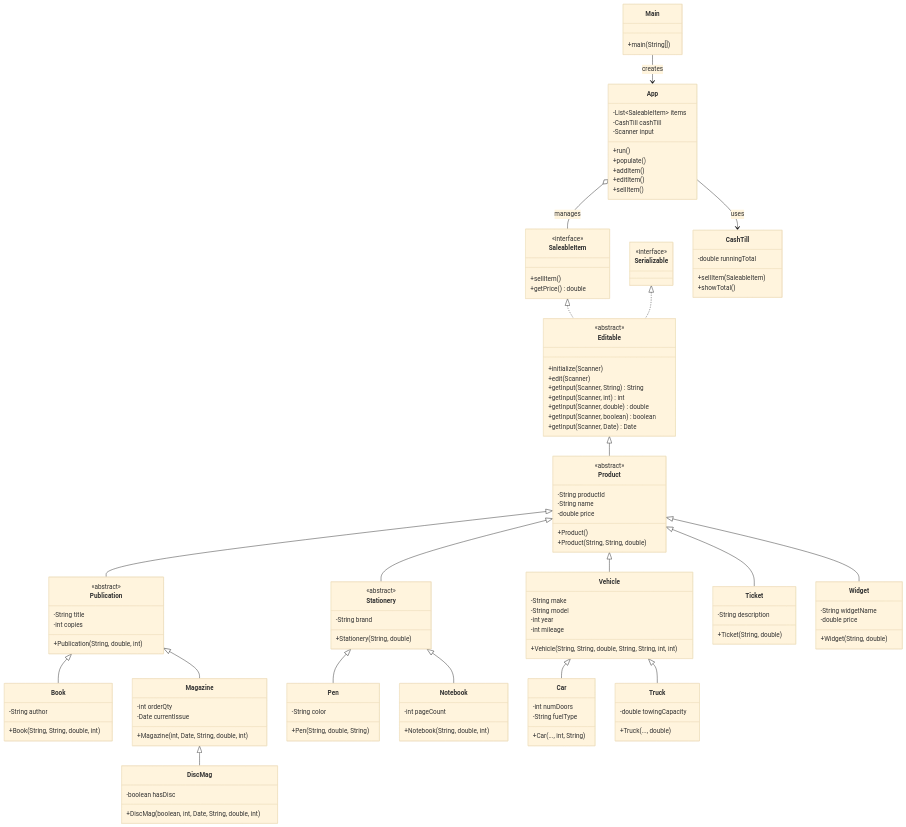
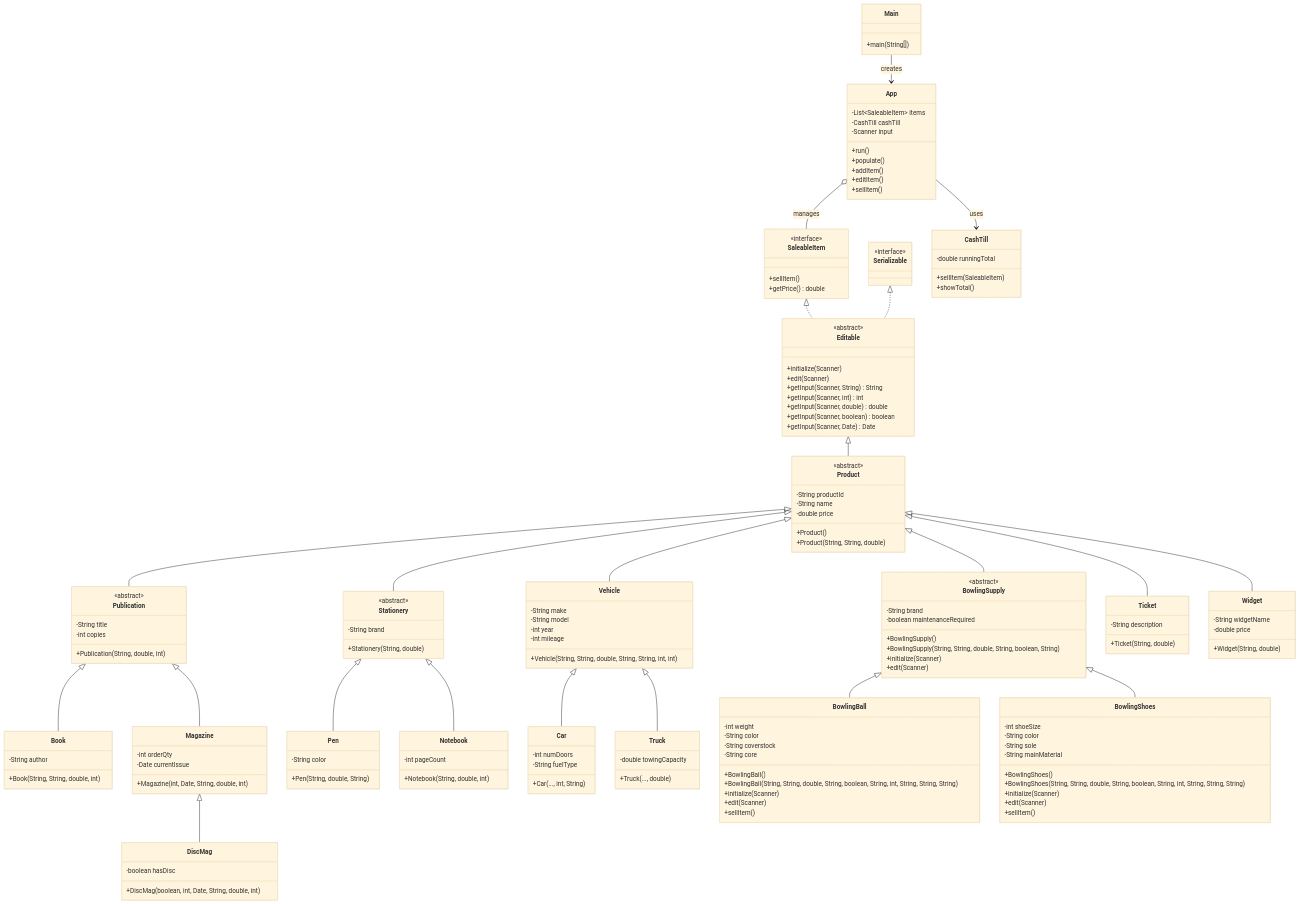
One commit to James-Konieczny/csd214-w26-lab-4-JamesKonieczny changed the diagram in documentation/bookstore-2026-02-10-122848.mmd. Above: the diagram before and after it, drawn with Mermaid (base theme).

```diff
--- a/documentation/bookstore-2026-02-10-122848.mmd
+++ b/documentation/bookstore-2026-02-10-122848.mmd
@@ -1,149 +1,187 @@
 classDiagram
     %% Interfaces and Abstracts
     class SaleableItem {
         <<interface>>
         +sellItem()
         +getPrice() double
     }
     
     class Serializable {
         <<interface>>
     }
 
     class Editable {
         <<abstract>>
         +initialize(Scanner)
         +edit(Scanner)
         +getInput(Scanner, String) String
         +getInput(Scanner, int) int
         +getInput(Scanner, double) double
         +getInput(Scanner, boolean) boolean
         +getInput(Scanner, Date) Date
     }
 
     class Product {
         <<abstract>>
         -String productId
         -String name
         -double price
         +Product()
         +Product(String, String, double)
     }
 
     %% Base Categories
     class Publication {
         <<abstract>>
         -String title
         -int copies
         +Publication(String, double, int)
     }
 
     class Vehicle {
         -String make
         -String model
         -int year
         -int mileage
         +Vehicle(String, String, double, String, String, int, int)
     }
 
     class Stationery {
         <<abstract>>
         -String brand
         +Stationery(String, double)
     }
 
+    class BowlingSupply {
+        <<abstract>>
+        -String brand
+        -boolean maintenanceRequired
+        +BowlingSupply()
+        +BowlingSupply(String, String, double, String, boolean, String)
+        +initialize(Scanner)
+        +edit(Scanner)
+    }
+
     %% Concrete Classes
     class Ticket {
         -String description
         +Ticket(String, double)
     }
 
     class Widget {
         -String widgetName
         -double price
         +Widget(String, double)
     }
 
     class Book {
         -String author
         +Book(String, String, double, int)
     }
 
     class Magazine {
         -int orderQty
         -Date currentIssue
         +Magazine(int, Date, String, double, int)
     }
 
     class DiscMag {
         -boolean hasDisc
         +DiscMag(boolean, int, Date, String, double, int)
     }
 
     class Pen {
         -String color
         +Pen(String, double, String)
     }
 
     class Notebook {
         -int pageCount
         +Notebook(String, double, int)
     }
 
     class Car {
         -int numDoors
         -String fuelType
         +Car(..., int, String)
     }
 
     class Truck {
         -double towingCapacity
         +Truck(..., double)
     }
 
+    class BowlingBall {
+        -int weight
+        -String color
+        -String coverstock
+        -String core
+        +BowlingBall()
+        +BowlingBall(String, String, double, String, boolean, String, int, String, String, String)
+        +initialize(Scanner)
+        +edit(Scanner)
+        +sellItem()
+    }
+
+    class BowlingShoes {
+        -int shoeSize
+        -String color
+        -String sole
+        -String mainMaterial
+        +BowlingShoes()
+        +BowlingShoes(String, String, double, String, boolean, String, int, String, String, String)
+        +initialize(Scanner)
+        +edit(Scanner)
+        +sellItem()
+    }
+
     %% Application Logic
     class CashTill {
         -double runningTotal
         +sellItem(SaleableItem)
         +showTotal()
     }
 
     class App {
         -List~SaleableItem~ items
         -CashTill cashTill
         -Scanner input
         +run()
         +populate()
         +addItem()
         +editItem()
         +sellItem()
     }
 
     class Main {
         +main(String[])
     }
 
     %% Relationships
     SaleableItem <|.. Editable
     Serializable <|.. Editable
     Editable <|-- Product
     
     Product <|-- Publication
     Product <|-- Vehicle
     Product <|-- Stationery
     Product <|-- Ticket
     Product <|-- Widget
 
     Publication <|-- Book
     Publication <|-- Magazine
     Magazine <|-- DiscMag
 
     Stationery <|-- Pen
     Stationery <|-- Notebook
 
     Vehicle <|-- Car
     Vehicle <|-- Truck
 
     App o-- SaleableItem : manages
     App --> CashTill : uses
     Main --> App : creates
+
+    Product <|-- BowlingSupply
+    BowlingSupply <|-- BowlingBall
+    BowlingSupply <|-- BowlingShoes
```
